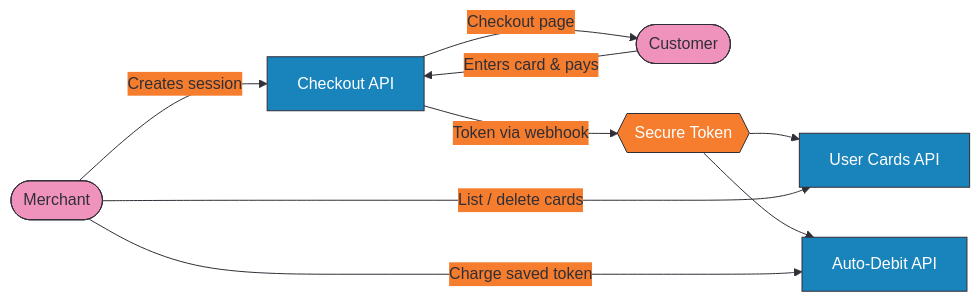
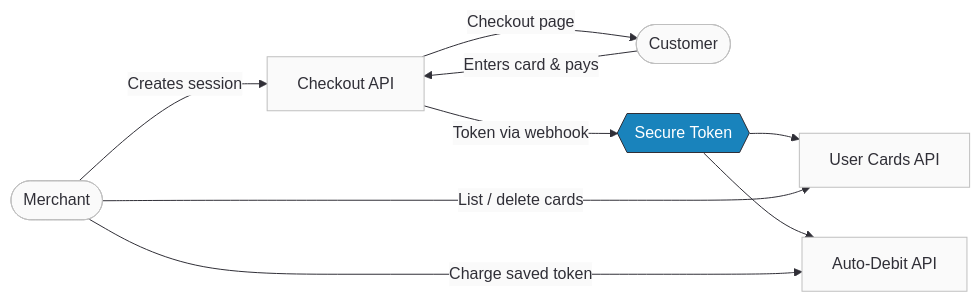
One commit to ottuco/docs changed the diagram in docs/developers/cards-and-tokens/index.md. Above: the diagram before and after it, drawn with Mermaid. The commit also changed 11 other files, not shown here.

First line of the commit message:
monochrome diagrams, live checkout demo, SDK image sizing, CodeTabs fix

````diff
--- a/docs/developers/cards-and-tokens/index.md
+++ b/docs/developers/cards-and-tokens/index.md
@@ -41,27 +41,15 @@
 ```mermaid
-%%{init: {
-  "theme": "base",
-  "themeVariables": {
-    "background": "#F4F4F4",
-    "primaryColor": "#1983BC",
-    "primaryTextColor": "#302F37",
-    "primaryBorderColor": "#302F37",
-    "lineColor": "#302F37",
-    "secondaryColor": "#F57D2D",
-    "tertiaryColor": "#F093BC"
-  }
-}}%%
+%%{init: {"theme": "base", "themeVariables": {"background": "#F4F4F4", "primaryColor": "#FAFAFA", "primaryTextColor": "#302F37", "primaryBorderColor": "#BFBFBF", "lineColor": "#302F37", "secondaryColor": "#FAFAFA", "tertiaryColor": "#FAFAFA"}}}%%
 flowchart LR
-    M([Merchant]):::external -->|Creates session| CHECKOUT[Checkout API]:::service
-    CHECKOUT -->|Checkout page| CUST([Customer]):::external
+    M([Merchant]) -->|Creates session| CHECKOUT[Checkout API]
+    CHECKOUT -->|Checkout page| CUST([Customer])
     CUST -->|Enters card & pays| CHECKOUT
-    CHECKOUT -->|Token via webhook| TOKEN{{Secure Token}}:::execution
-    TOKEN --> CARDS[User Cards API]:::service
-    TOKEN --> DEBIT[Auto-Debit API]:::service
+    CHECKOUT -->|Token via webhook| TOKEN{{Secure Token}}
+    TOKEN --> CARDS[User Cards API]
+    TOKEN --> DEBIT[Auto-Debit API]
     M -->|List / delete cards| CARDS
     M -->|Charge saved token| DEBIT
 
-    classDef service fill:#1983BC,color:#FFFFFF,stroke:#302F37
-    classDef execution fill:#F57D2D,color:#FFFFFF,stroke:#302F37
-    classDef external fill:#F093BC,color:#302F37,stroke:#302F37
+    classDef accent fill:#1983BC,color:#FFFFFF,stroke:#302F37
+    class TOKEN accent
 ```
````
